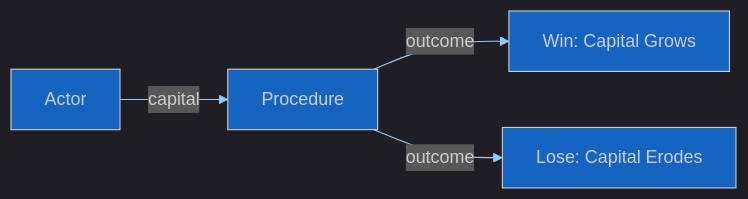
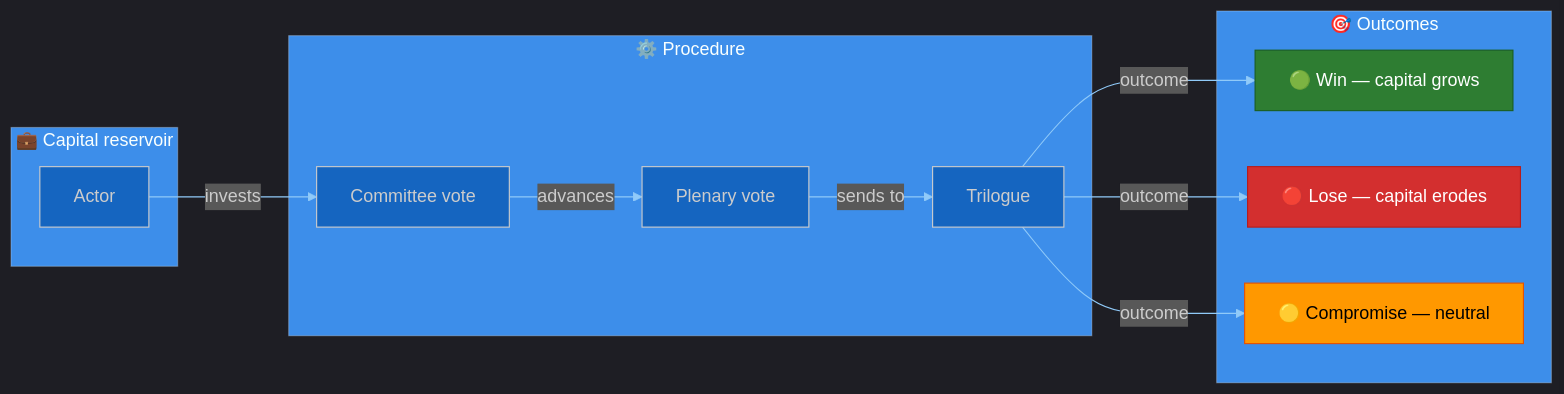
The second of 3 diagrams in analysis/templates/political-capital-risk.md (Hack23/euparliamentmonitor), drawn with Mermaid before and after one commit. The commit also changed other lines of this file and 5 other files, not shown here.

````diff
--- a/analysis/templates/political-capital-risk.md
+++ b/analysis/templates/political-capital-risk.md
@@ -32,7 +69,31 @@
 ```mermaid
 %%{init: {"theme":"dark","themeVariables":{"primaryColor":"#1565C0","primaryTextColor":"#ffffff","primaryBorderColor":"#0A3F7F","lineColor":"#90CAF9","secondaryColor":"#2E7D32","secondaryTextColor":"#ffffff","tertiaryColor":"#FF9800","tertiaryTextColor":"#000000","mainBkg":"#1565C0","secondBkg":"#2E7D32","tertiaryBkg":"#FF9800","noteBkgColor":"#FFC107","noteTextColor":"#000000","errorBkgColor":"#D32F2F","fontFamily":"Inter, Helvetica, Arial, sans-serif"}}}%%
-graph LR
-    ACTOR[Actor] -->|capital| PROC[Procedure]
-    PROC -->|outcome| WIN[Win: Capital Grows]
-    PROC -->|outcome| LOSE[Lose: Capital Erodes]
+flowchart LR
+    subgraph BANK [💼 Capital reservoir]
+        ACT[Actor]
+    end
+    subgraph PROC [⚙️ Procedure]
+        COMM[Committee vote]
+        PLEN[Plenary vote]
+        TRIL[Trilogue]
+    end
+    subgraph OUT [🎯 Outcomes]
+        WIN[🟢 Win — capital grows]
+        LOSE[🔴 Lose — capital erodes]
+        MIX[🟡 Compromise — neutral]
+    end
+
+    ACT -->|invests| COMM
+    COMM -->|advances| PLEN
+    PLEN -->|sends to| TRIL
+    TRIL -->|outcome| WIN
+    TRIL -->|outcome| LOSE
+    TRIL -->|outcome| MIX
+
+    classDef good fill:#2E7D32,stroke:#1B5E20,color:#ffffff;
+    classDef bad fill:#D32F2F,stroke:#B71C1C,color:#ffffff;
+    classDef mid fill:#FF9800,stroke:#E65100,color:#000000;
+    class WIN good;
+    class LOSE bad;
+    class MIX mid;
 ```
````
